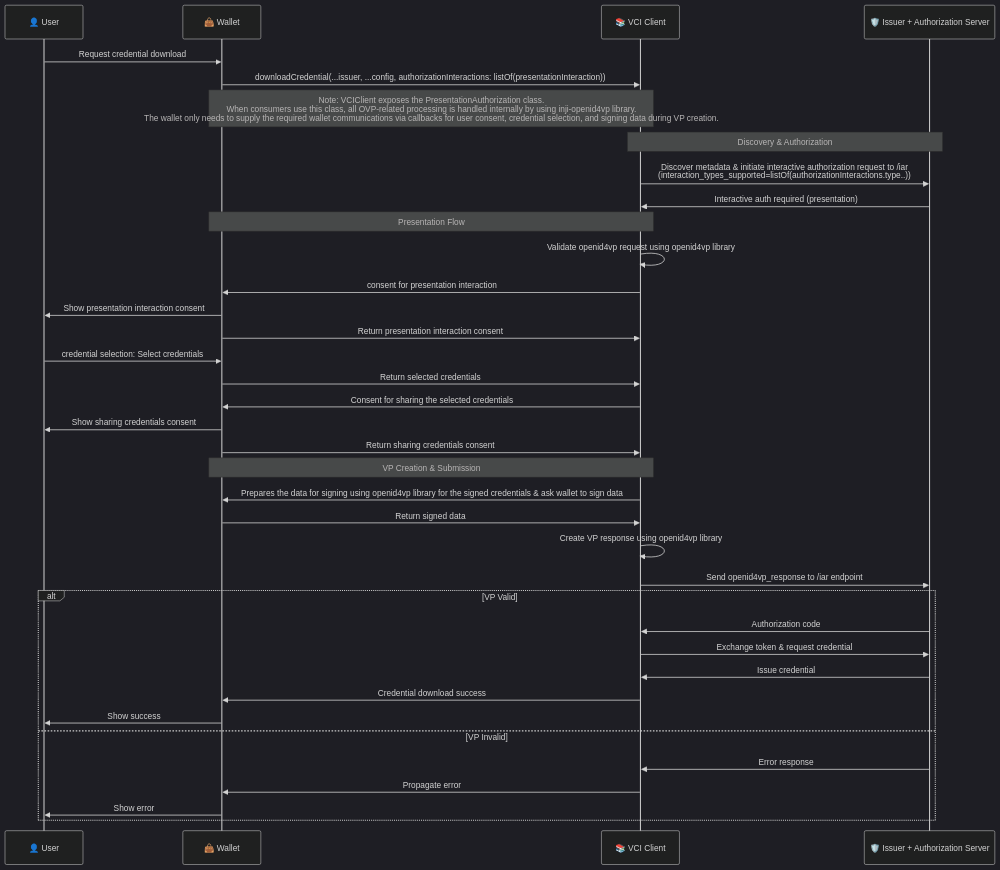
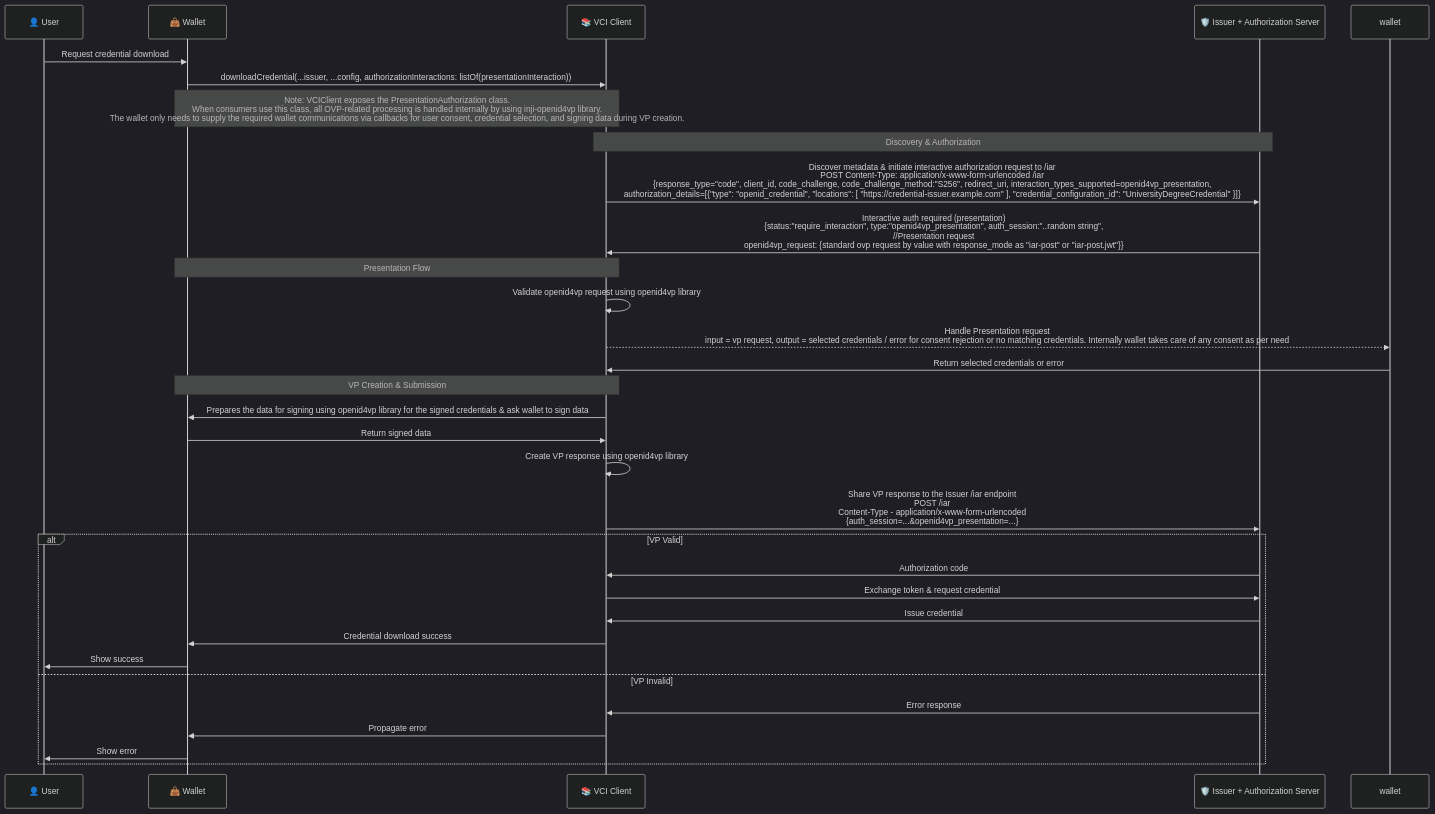
One commit to tw-mosip/inji-wallet changed the second of 4 diagrams in docs/presentation-during-issuance.md. Above: the diagram before and after it, drawn with Mermaid (dark theme). The commit also changed other lines of this file, not shown here.

Commit message:
[INJIMOB-3601] refactor: update presentation interaction class callbacks

````diff
--- a/docs/presentation-during-issuance.md
+++ b/docs/presentation-during-issuance.md
@@ -79,44 +79,38 @@
 ```mermaid
 sequenceDiagram
     participant User as 👤 User
     participant Wallet as 👜 Wallet
     participant VCIClient as 📚 VCI Client
     participant Issuer as 🛡️ Issuer + Authorization Server
 
     User->>Wallet: Request credential download
     Wallet->>VCIClient: downloadCredential(...issuer, ...config, authorizationInteractions: listOf(presentationInteraction))
     Note over Wallet,VCIClient: Note: VCIClient exposes the PresentationAuthorization class.<br/>When consumers use this class, all OVP-related processing is handled internally by using inji-openid4vp library.<br/>The wallet only needs to supply the required wallet communications via callbacks for user consent, credential selection, and signing data during VP creation.
     
     Note over VCIClient,Issuer: Discovery & Authorization
-    VCIClient->>Issuer: Discover metadata & initiate interactive authorization request to /iar<br/>(interaction_types_supported=listOf(authorizationInteractions.type..))
-    Issuer->>VCIClient: Interactive auth required (presentation)
+    VCIClient->>Issuer: Discover metadata & initiate interactive authorization request to /iar<br/>POST Content-Type: application/x-www-form-urlencoded /iar<br/>{response_type="code", client_id, code_challenge, code_challenge_method:"S256", redirect_uri, interaction_types_supported=openid4vp_presentation, <br/>authorization_details=[{"type": "openid_credential", "locations": [ "https://credential-issuer.example.com" ], "credential_configuration_id": "UniversityDegreeCredential" }]}
+    Issuer->>VCIClient: Interactive auth required (presentation)<br/>{status:"require_interaction", type:"openid4vp_presentation", auth_session:"..random string",<br/>//Presentation request<br/>openid4vp_request: {standard ovp request by value with response_mode as "iar-post" or "iar-post.jwt"}}
     
     Note over Wallet,VCIClient: Presentation Flow
     VCIClient ->> VCIClient: Validate openid4vp request using openid4vp library
-    VCIClient->>Wallet: consent for presentation interaction
-    Wallet->>User: Show presentation interaction consent
-    Wallet ->> VCIClient: Return presentation interaction consent
-    User->>Wallet: credential selection: Select credentials
-    Wallet->>VCIClient: Return selected credentials
-    VCIClient->>Wallet: Consent for sharing the selected credentials
-    Wallet->>User: Show sharing credentials consent
-    Wallet ->> VCIClient: Return sharing credentials consent
+    VCIClient -->> wallet : Handle Presentation request<br/>input = vp request, output = selected credentials / error for consent rejection or no matching credentials. Internally wallet takes care of any consent as per need
+    wallet ->> VCIClient: Return selected credentials or error
     
     Note over Wallet,VCIClient: VP Creation & Submission  
     VCIClient->>Wallet: Prepares the data for signing using openid4vp library for the signed credentials & ask wallet to sign data
     Wallet->>VCIClient: Return signed data
     VCIClient->>VCIClient: Create VP response using openid4vp library
-    VCIClient->>Issuer: Send openid4vp_response to /iar endpoint
+    VCIClient->>Issuer: Share VP response to the Issuer /iar endpoint<br/>POST /iar<br/>Content-Type - application/x-www-form-urlencoded<br/>{auth_session=...&openid4vp_presentation=...}
     
     alt VP Valid
         Issuer->>VCIClient: Authorization code
         VCIClient->>Issuer: Exchange token & request credential
         Issuer->>VCIClient: Issue credential
         VCIClient->>Wallet: Credential download success
         Wallet->>User: Show success
     else VP Invalid  
         Issuer->>VCIClient: Error response
         VCIClient->>Wallet: Propagate error
         Wallet->>User: Show error
     end
 ```
````
